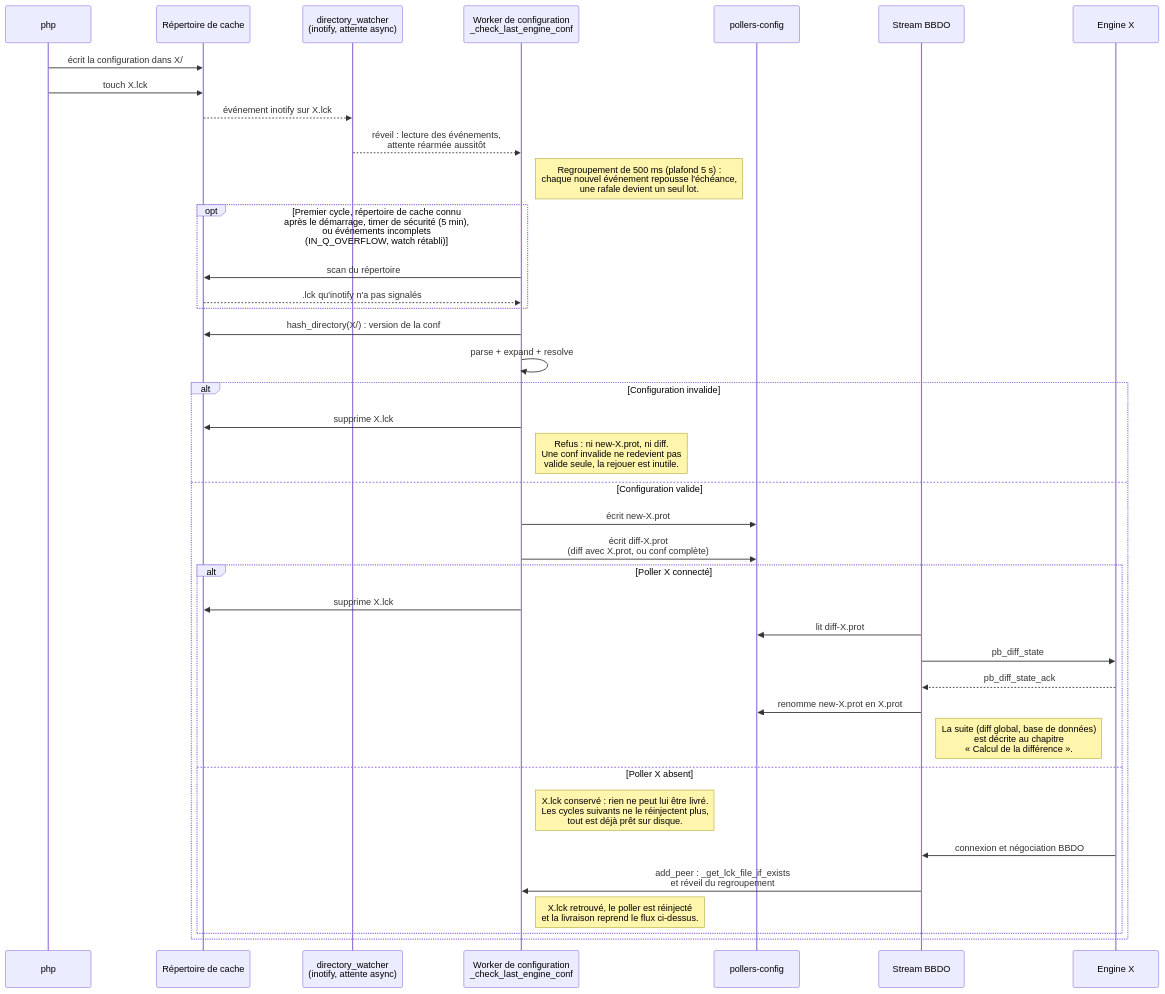
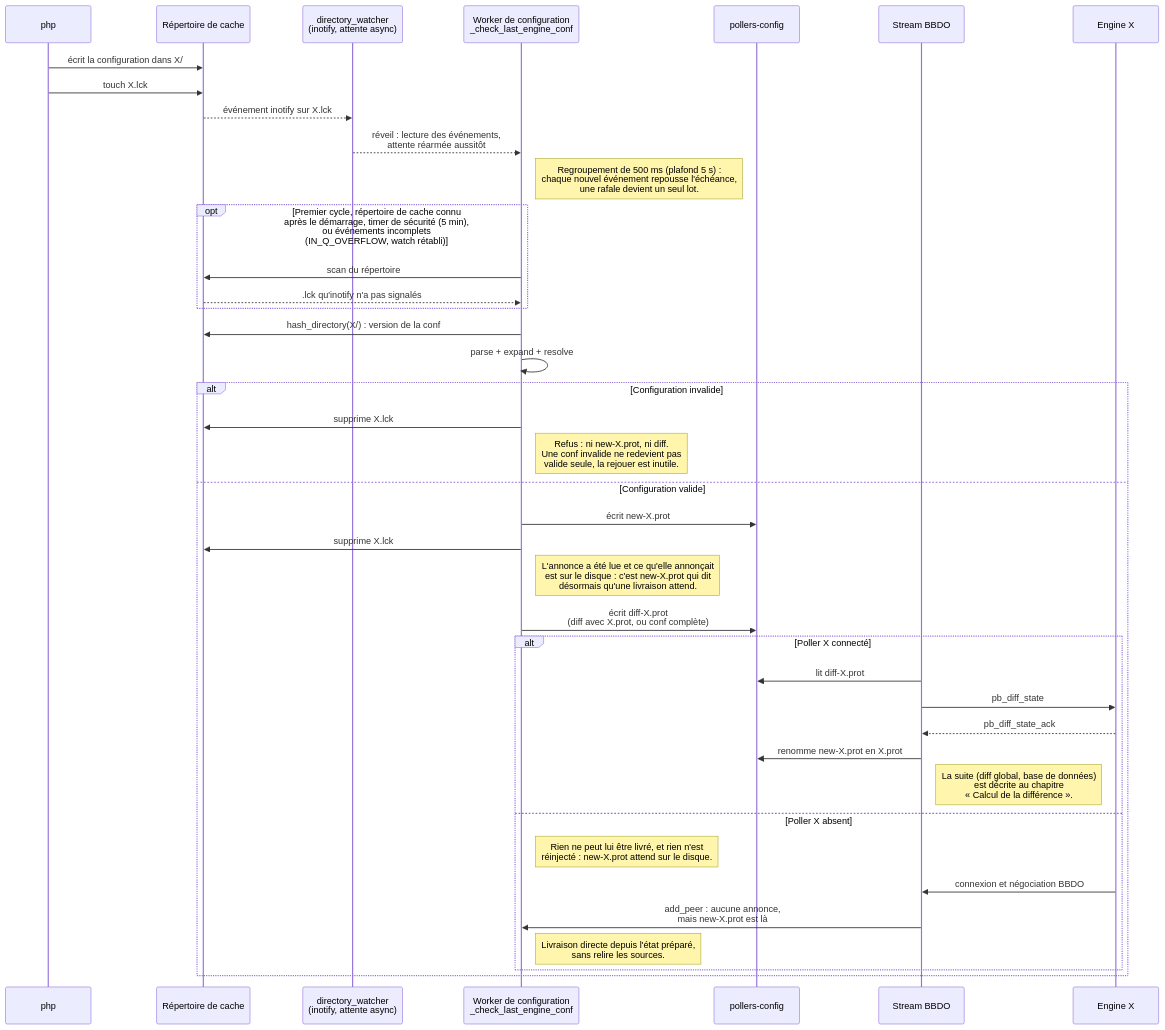
Before and after one commit to centreon/centreon-collect: the sixth of 43 diagrams in doc/nego-engine-broker-fr.md, drawn with Mermaid. The commit also changed other lines of this file and 9 other files, not shown here.

````diff
--- a/doc/nego-engine-broker-fr.md
+++ b/doc/nego-engine-broker-fr.md
@@ -679,45 +680,46 @@
 ```mermaid
 sequenceDiagram
     participant php
     participant C as Répertoire de cache
     participant W as directory_watcher<br/>(inotify, attente async)
     participant T as Worker de configuration<br/>_check_last_engine_conf
     participant P as pollers-config
     participant S as Stream BBDO
     participant E as Engine X
 
     php ->> C: écrit la configuration dans X/
     php ->> C: touch X.lck
     C -->> W: événement inotify sur X.lck
 
     W -->> T: réveil : lecture des événements,<br/>attente réarmée aussitôt
     Note right of T: Regroupement de 500 ms (plafond 5 s) :<br/>chaque nouvel événement repousse l'échéance,<br/>une rafale devient un seul lot.
     opt Premier cycle, répertoire de cache connu<br/>après le démarrage, timer de sécurité (5 min),<br/>ou événements incomplets<br/>(IN_Q_OVERFLOW, watch rétabli)
         T ->> C: scan du répertoire
         C -->> T: .lck qu'inotify n'a pas signalés
     end
 
     T ->> C: hash_directory(X/) : version de la conf
     T ->> T: parse + expand + resolve
 
     alt Configuration invalide
         T ->> C: supprime X.lck
         Note right of T: Refus : ni new-X.prot, ni diff.<br/>Une conf invalide ne redevient pas<br/>valide seule, la rejouer est inutile.
     else Configuration valide
         T ->> P: écrit new-X.prot
+        T ->> C: supprime X.lck
+        Note right of T: L'annonce a été lue et ce qu'elle annonçait<br/>est sur le disque : c'est new-X.prot qui dit<br/>désormais qu'une livraison attend.
         T ->> P: écrit diff-X.prot<br/>(diff avec X.prot, ou conf complète)
         alt Poller X connecté
-            T ->> C: supprime X.lck
             S ->> P: lit diff-X.prot
             S ->> E: pb_diff_state
             E -->> S: pb_diff_state_ack
             S ->> P: renomme new-X.prot en X.prot
             Note right of S: La suite (diff global, base de données)<br/>est décrite au chapitre<br/>« Calcul de la différence ».
         else Poller X absent
-            Note right of T: X.lck conservé : rien ne peut lui être livré.<br/>Les cycles suivants ne le réinjectent plus,<br/>tout est déjà prêt sur disque.
+            Note right of T: Rien ne peut lui être livré, et rien n'est<br/>réinjecté : new-X.prot attend sur le disque.
             E ->> S: connexion et négociation BBDO
-            S ->> T: add_peer : _get_lck_file_if_exists<br/>et réveil du regroupement
-            Note right of T: X.lck retrouvé, le poller est réinjecté<br/>et la livraison reprend le flux ci-dessus.
+            S ->> T: add_peer : aucune annonce,<br/>mais new-X.prot est là
+            Note right of T: Livraison directe depuis l'état préparé,<br/>sans relire les sources.
         end
     end
 ```
````
